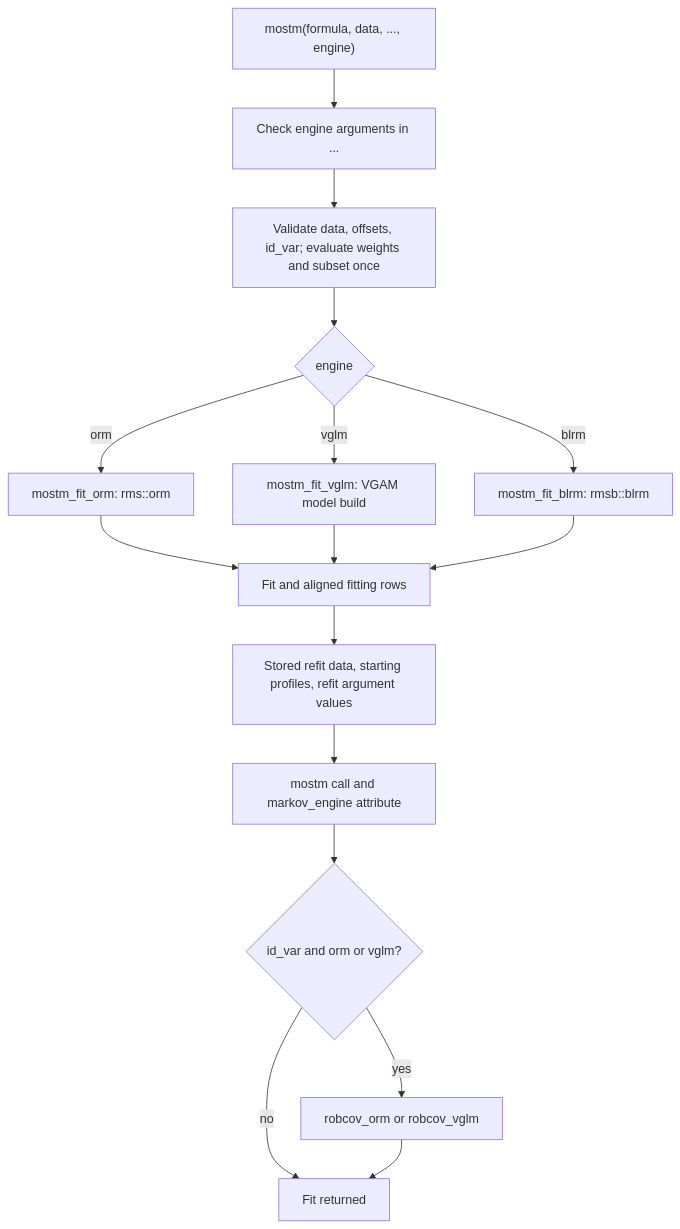
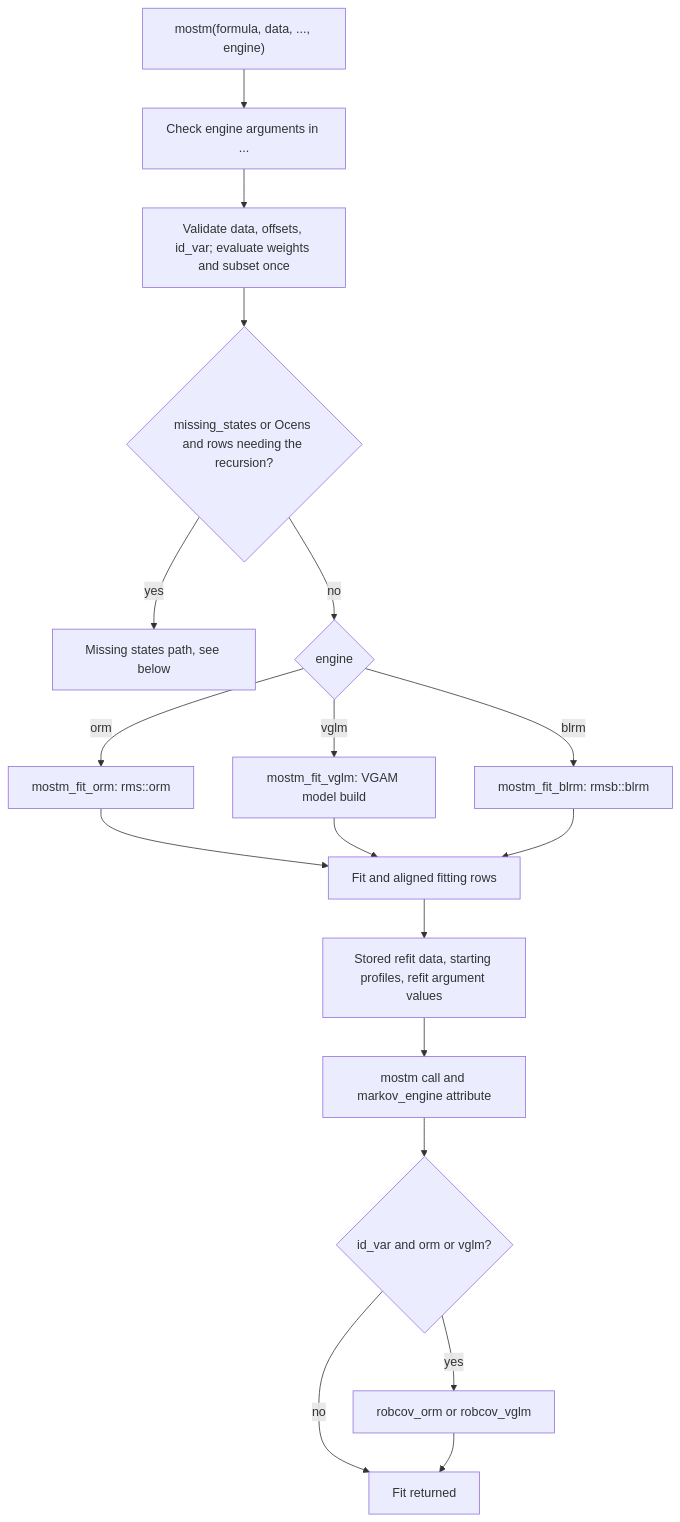
The second of 4 diagrams in ARCHITECTURE.md (scjohannes/mostr), drawn with Mermaid before and after one commit. The commit also changed other lines of this file and 38 other files, not shown here.

````diff
--- a/ARCHITECTURE.md
+++ b/ARCHITECTURE.md
@@ -101,18 +101,20 @@
 ```mermaid
 flowchart TD
     A["mostm(formula, data, ..., engine)"] --> B[Check engine arguments in ...]
     B --> C[Validate data, offsets, id_var; evaluate weights and subset once]
-    C --> D{engine}
+    C --> N{missing_states or Ocens and rows needing the recursion?}
+    N -->|yes| O[Missing states path, see below]
+    N -->|no| D{engine}
     D -->|orm| E[mostm_fit_orm: rms::orm]
     D -->|vglm| F[mostm_fit_vglm: VGAM model build]
     D -->|blrm| G[mostm_fit_blrm: rmsb::blrm]
     E --> H[Fit and aligned fitting rows]
     F --> H
     G --> H
     H --> I[Stored refit data, starting profiles, refit argument values]
     I --> J[mostm call and markov_engine attribute]
     J --> K{id_var and orm or vglm?}
     K -->|yes| L[robcov_orm or robcov_vglm]
     K -->|no| M[Fit returned]
     L --> M
 ```
````
